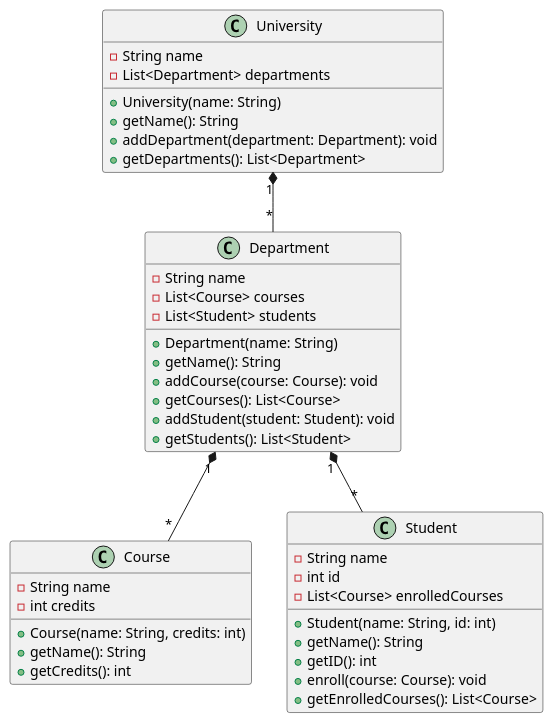
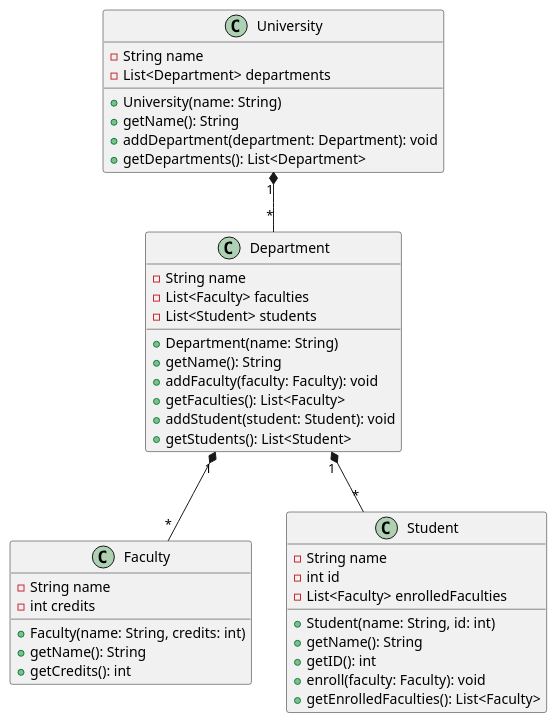
The diagram in designs/services/university/university.puml (TSaavaMate/designPrincipes), drawn with PlantUML before and after one commit. The commit also changed 26 other files, not shown here.

```diff
--- a/designs/services/university/university.puml
+++ b/designs/services/university/university.puml
@@ -1,47 +1,47 @@
 @startuml
 
 class University {
   - String name
   - List<Department> departments
   + University(name: String)
   + getName(): String
   + addDepartment(department: Department): void
   + getDepartments(): List<Department>
 }
 
 class Department {
   - String name
-  - List<Course> courses
+  - List<Faculty> faculties
   - List<Student> students
   + Department(name: String)
   + getName(): String
-  + addCourse(course: Course): void
-  + getCourses(): List<Course>
+  + addFaculty(faculty: Faculty): void
+  + getFaculties(): List<Faculty>
   + addStudent(student: Student): void
   + getStudents(): List<Student>
 }
 
-class Course {
+class Faculty {
   - String name
   - int credits
-  + Course(name: String, credits: int)
+  + Faculty(name: String, credits: int)
   + getName(): String
   + getCredits(): int
 }
 
 class Student {
   - String name
   - int id
-  - List<Course> enrolledCourses
+  - List<Faculty> enrolledFaculties
   + Student(name: String, id: int)
   + getName(): String
   + getID(): int
-  + enroll(course: Course): void
-  + getEnrolledCourses(): List<Course>
+  + enroll(faculty: Faculty): void
+  + getEnrolledFaculties(): List<Faculty>
 }
 
 University "1" *-- "*" Department
-Department "1" *-- "*" Course
+Department "1" *-- "*" Faculty
 Department "1" *-- "*" Student
 
 @enduml
```
